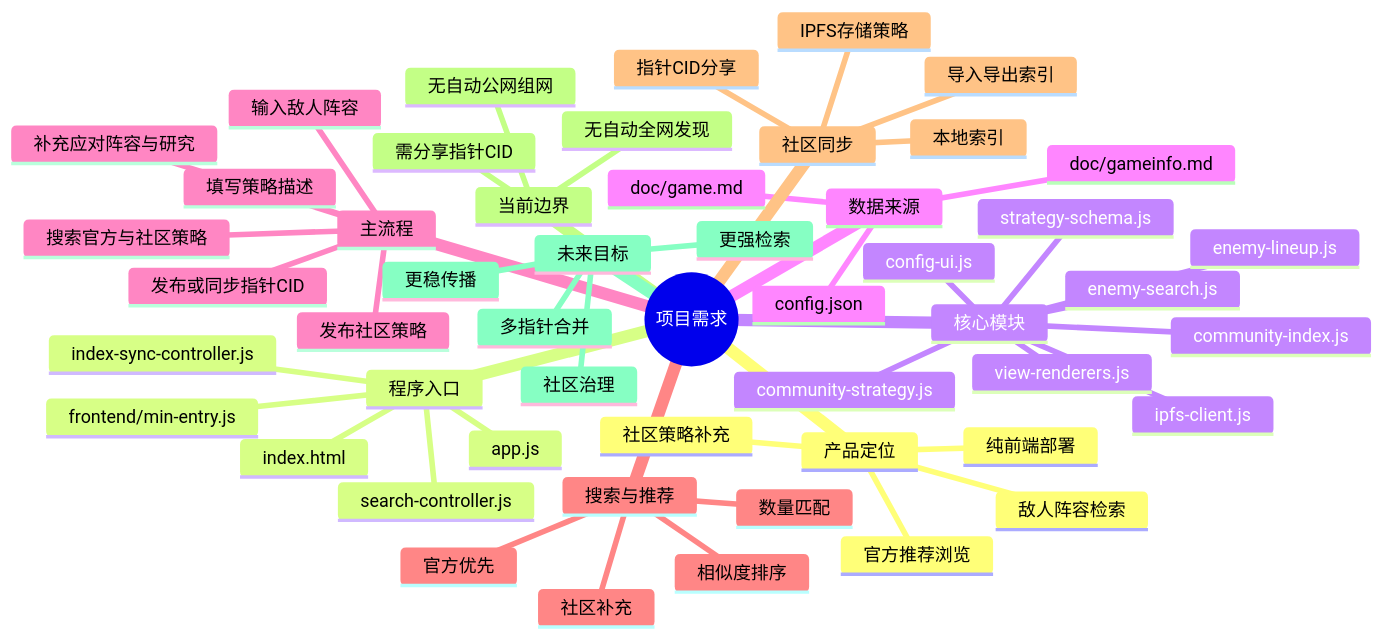
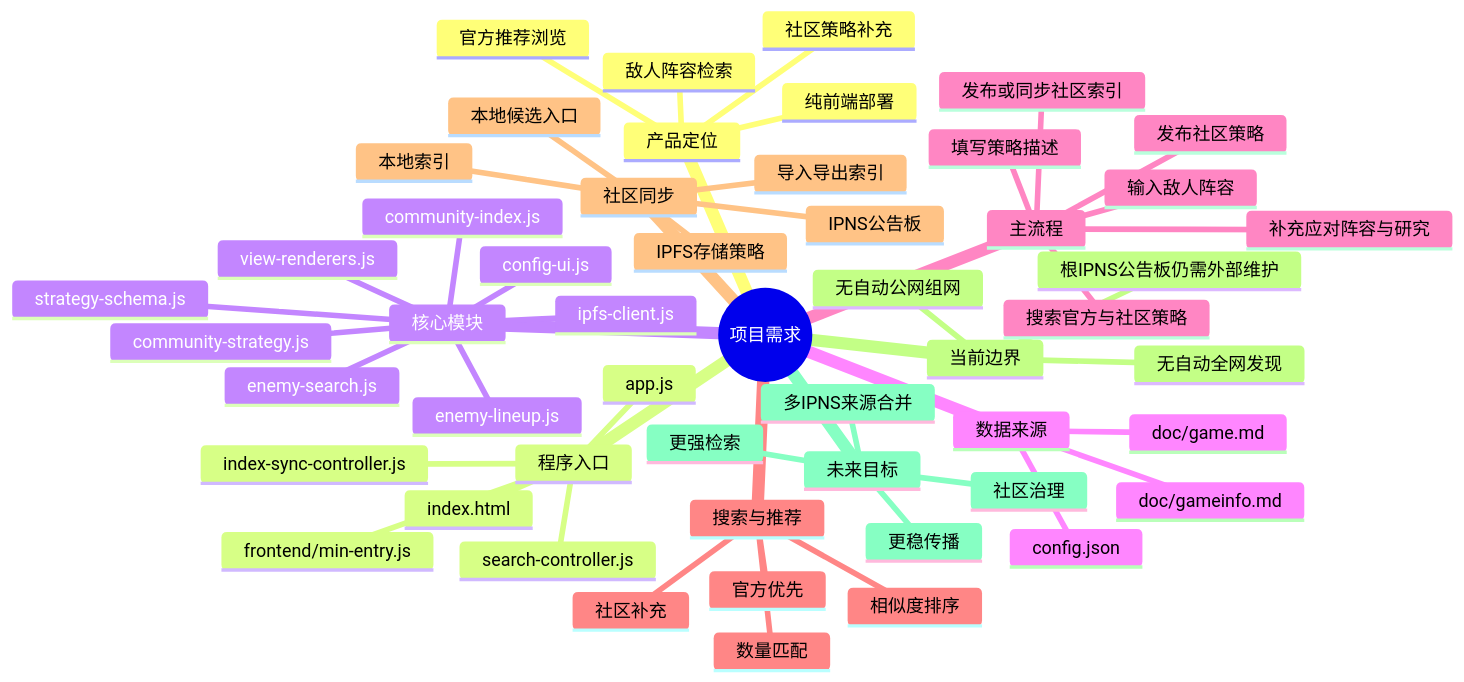
The diagram in need.md (LY1806620741/demacia-rise-strategy-share), drawn with Mermaid before and after one commit. The commit also changed other lines of this file and 3 other files, not shown here.

````diff
--- a/need.md
+++ b/need.md
@@ -232,54 +232,55 @@
 ```mermaid
 mindmap
   root((项目需求))
     产品定位
       敌人阵容检索
       官方推荐浏览
       社区策略补充
       纯前端部署
     程序入口
       index.html
       app.js
       frontend/min-entry.js
       search-controller.js
       index-sync-controller.js
     核心模块
       community-strategy.js
       community-index.js
       ipfs-client.js
       strategy-schema.js
       enemy-lineup.js
       enemy-search.js
       config-ui.js
       view-renderers.js
     数据来源
       config.json
       doc/gameinfo.md
       doc/game.md
     主流程
       输入敌人阵容
       搜索官方与社区策略
       补充应对阵容与研究
       填写策略描述
       发布社区策略
-      发布或同步指针CID
+      发布或同步社区索引
     搜索与推荐
       官方优先
       社区补充
       数量匹配
       相似度排序
     社区同步
       IPFS存储策略
       本地索引
-      指针CID分享
+      IPNS公告板
+      本地候选入口
       导入导出索引
     当前边界
       无自动全网发现
       无自动公网组网
-      需分享指针CID
+      根IPNS公告板仍需外部维护
     未来目标
-      多指针合并
+      多IPNS来源合并
       更强检索
       更稳传播
       社区治理
 ```
````
